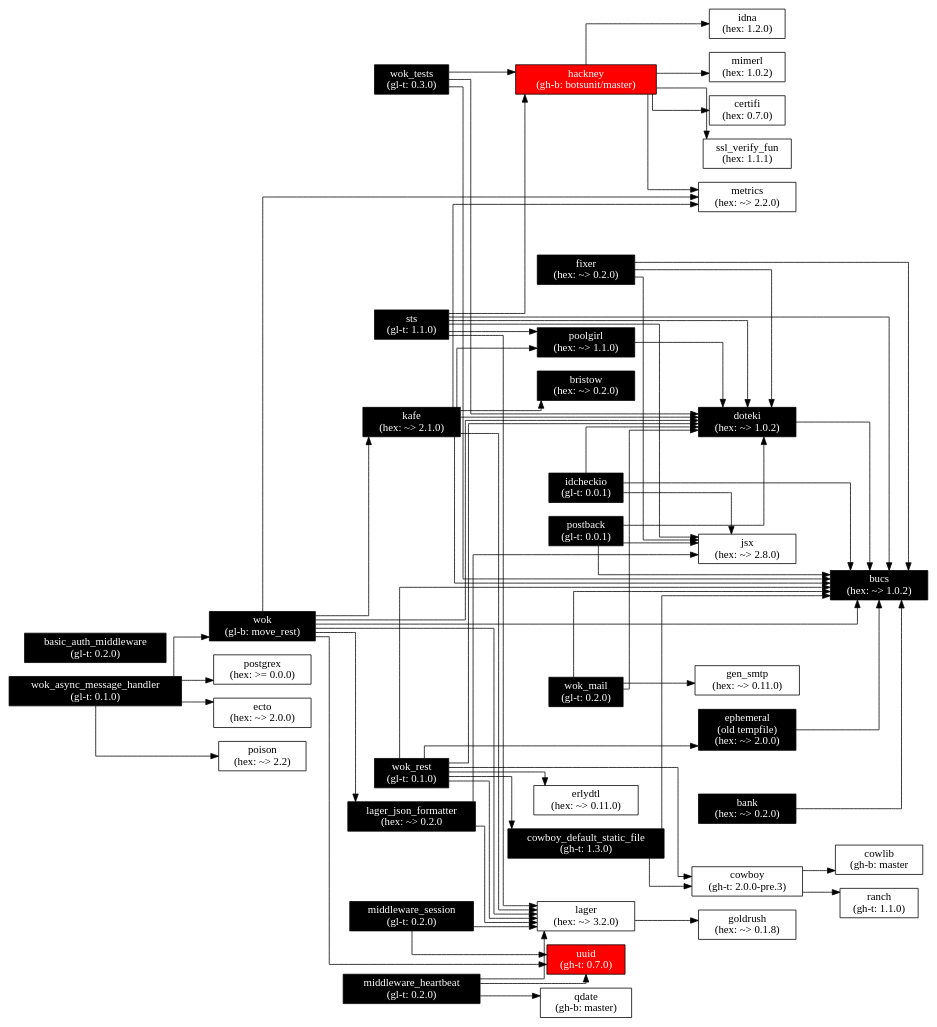
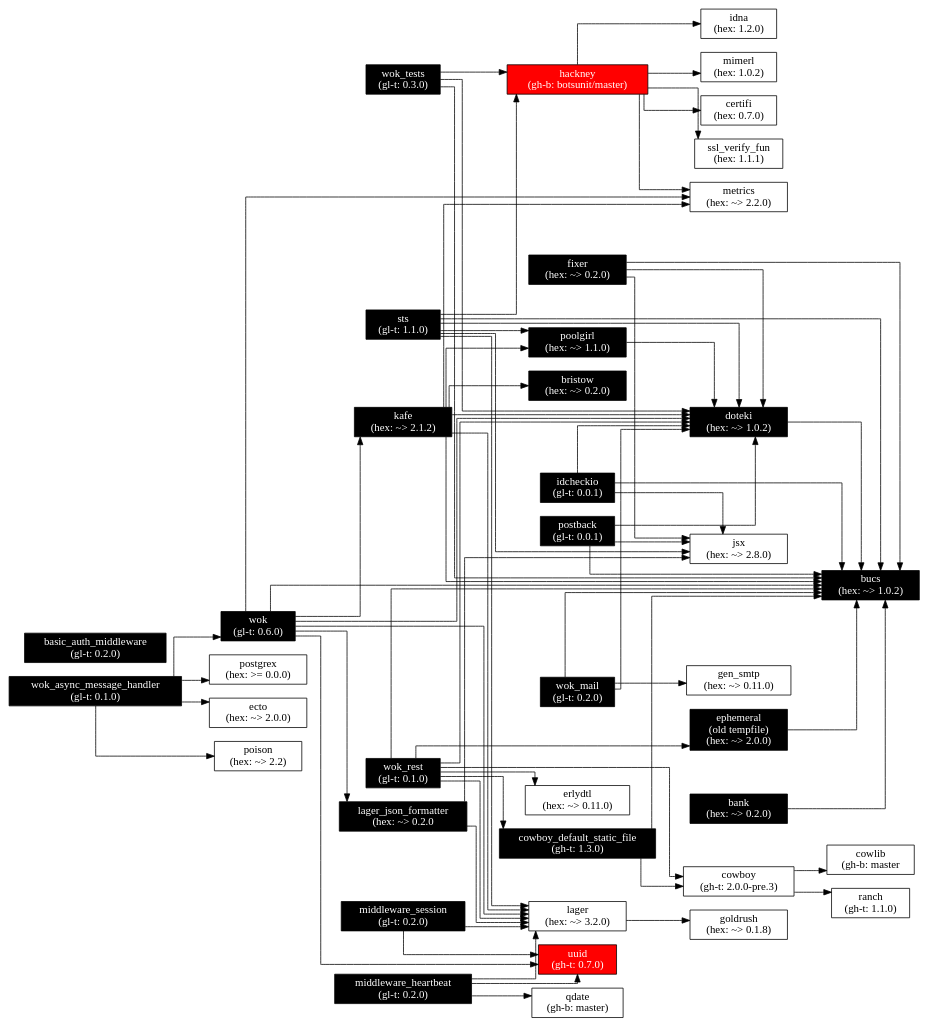
The diagram in images/wok.deps.gv (botsunit/wok), drawn with Graphviz before and after one commit. The commit also changed 7 other files, not shown here.

```diff
--- a/images/wok.deps.gv
+++ b/images/wok.deps.gv
@@ -6,7 +6,7 @@
     rankdir=LR;
   ];
 
-  wok[label="wok\n(gl-b: move_rest)",
+  wok[label="wok\n(gl-t: 0.6.0)",
       fontcolor="white",
       style="filled",
       fillcolor="black"];
@@ -15,7 +15,7 @@
                        fontcolor="white",
                        style="filled"
                        fillcolor="black"];
-  kafe[label="kafe\n(hex: ~> 2.1.0)",
+  kafe[label="kafe\n(hex: ~> 2.1.2)",
        fontcolor="white",
        style="filled",
        fillcolor="black"];
```
